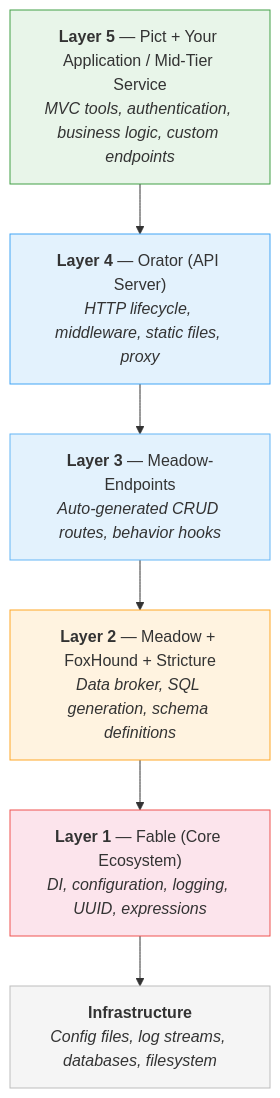
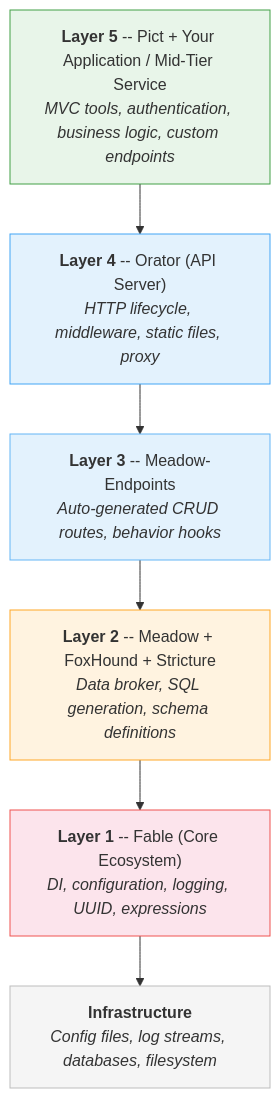
One commit to stevenvelozo/retold changed the first of 7 diagrams in docs/architecture/architecture.md. Above: the diagram before and after it, drawn with Mermaid. The commit also changed other lines of this file and 26 other files, not shown here.

````diff
--- a/docs/architecture/architecture.md
+++ b/docs/architecture/architecture.md
@@ -9,22 +9,22 @@
 ```mermaid
 graph TB
-  L5["<b>Layer 5</b> — Pict + Your Application / Mid-Tier Service<br/><i>MVC tools, authentication, business logic, custom endpoints</i>"]
-  L4["<b>Layer 4</b> — Orator (API Server)<br/><i>HTTP lifecycle, middleware, static files, proxy</i>"]
-  L3["<b>Layer 3</b> — Meadow-Endpoints<br/><i>Auto-generated CRUD routes, behavior hooks</i>"]
-  L2["<b>Layer 2</b> — Meadow + FoxHound + Stricture<br/><i>Data broker, SQL generation, schema definitions</i>"]
-  L1["<b>Layer 1</b> — Fable (Core Ecosystem)<br/><i>DI, configuration, logging, UUID, expressions</i>"]
+  L5["<b>Layer 5</b> -- Pict + Your Application / Mid-Tier Service<br/><i>MVC tools, authentication, business logic, custom endpoints</i>"]
+  L4["<b>Layer 4</b> -- Orator (API Server)<br/><i>HTTP lifecycle, middleware, static files, proxy</i>"]
+  L3["<b>Layer 3</b> -- Meadow-Endpoints<br/><i>Auto-generated CRUD routes, behavior hooks</i>"]
+  L2["<b>Layer 2</b> -- Meadow + FoxHound + Stricture<br/><i>Data broker, SQL generation, schema definitions</i>"]
+  L1["<b>Layer 1</b> -- Fable (Core Ecosystem)<br/><i>DI, configuration, logging, UUID, expressions</i>"]
   Infra["<b>Infrastructure</b><br/><i>Config files, log streams, databases, filesystem</i>"]
 
   L5 --> L4
   L4 --> L3
   L3 --> L2
   L2 --> L1
   L1 --> Infra
 
   style L5 fill:#e8f5e9,stroke:#43a047,color:#333
   style L4 fill:#e3f2fd,stroke:#42a5f5,color:#333
   style L3 fill:#e3f2fd,stroke:#64b5f6,color:#333
   style L2 fill:#fff3e0,stroke:#ffa726,color:#333
   style L1 fill:#fce4ec,stroke:#ef5350,color:#333
   style Infra fill:#f5f5f5,stroke:#bdbdbd,color:#333
 ```
````
